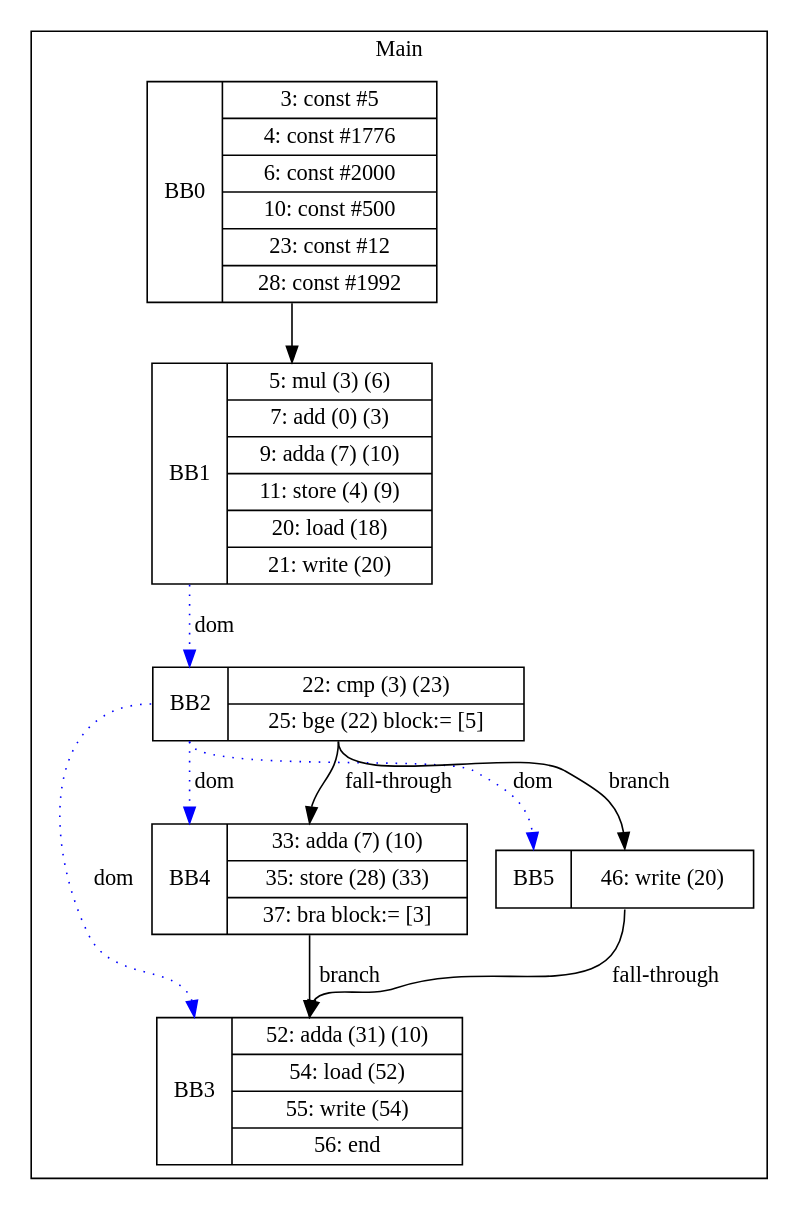
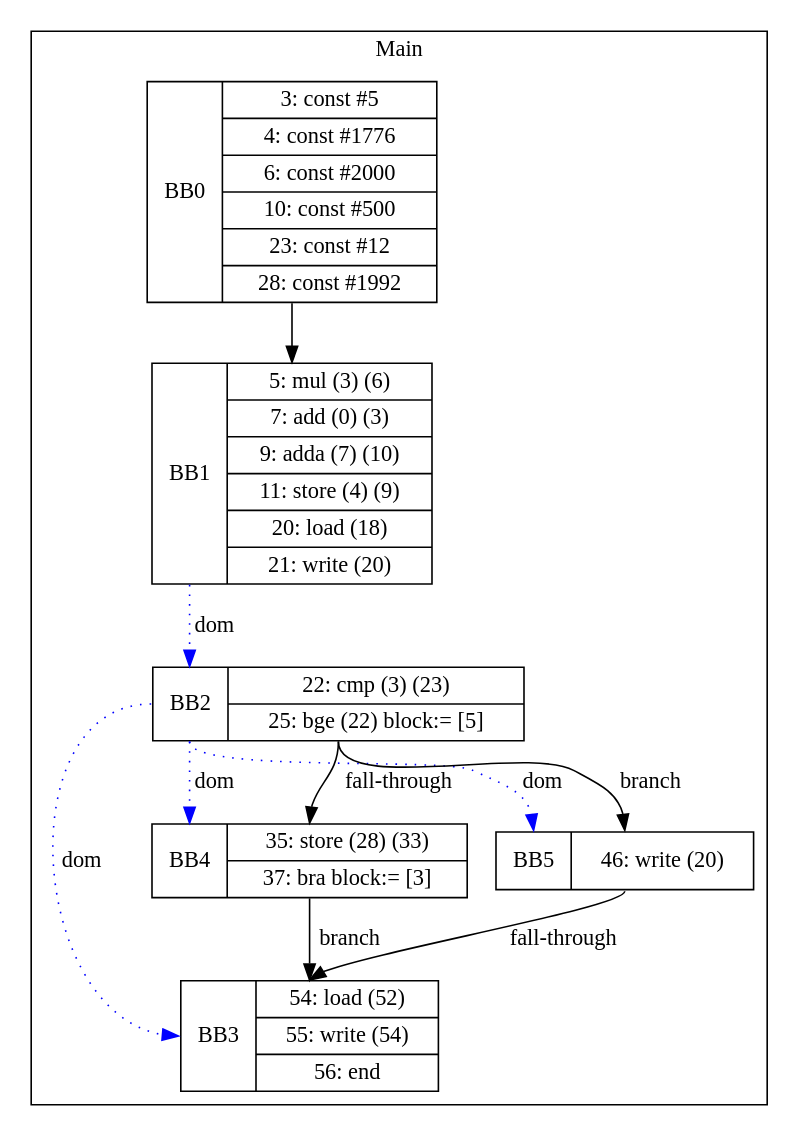
The diagram in visualization/jmcgowa/CSE_Tests/IF_ELSE_WRITE.gv (zjc664656505/UCI-CS241-Advanced-Compiler-main), drawn with Graphviz before and after one commit. The commit also changed 12 other files, not shown here.

```diff
--- a/visualization/jmcgowa/CSE_Tests/IF_ELSE_WRITE.gv
+++ b/visualization/jmcgowa/CSE_Tests/IF_ELSE_WRITE.gv
@@ -1,21 +1,21 @@
 digraph G {
 node [shape=record];
 subgraph cluster_main{
 label = "Main";
 BB0 [shape=record, label="<b>BB0|{3: const #5|4: const #1776|6: const #2000|10: const #500|23: const #12|28: const #1992}"];
 BB1 [shape=record, label="<b>BB1|{5: mul (3) (6)|7: add (0) (3)|9: adda (7) (10)|11: store (4) (9)|20: load (18)|21: write (20)}"];
 BB2 [shape=record, label="<b>BB2|{22: cmp (3) (23)|25: bge (22) block:= [5]}"];
-BB3 [shape=record, label="<b>BB3|{52: adda (31) (10)|54: load (52)|55: write (54)|56: end}"];
-BB4 [shape=record, label="<b>BB4|{33: adda (7) (10)|35: store (28) (33)|37: bra block:= [3]}"];
+BB3 [shape=record, label="<b>BB3|{54: load (52)|55: write (54)|56: end}"];
+BB4 [shape=record, label="<b>BB4|{35: store (28) (33)|37: bra block:= [3]}"];
 BB5 [shape=record, label="<b>BB5|{46: write (20)}"];
 }
 BB0:s -> BB1:n ;
 BB2:b -> BB3:b [color=blue, style=dotted, label="dom"];
 BB2:b -> BB4:b [color=blue, style=dotted, label="dom"];
 BB1:b -> BB2:b [color=blue, style=dotted, label="dom"];
 BB2:b -> BB5:b [color=blue, style=dotted, label="dom"];
 BB2:s -> BB5:n [label="branch"];
 BB4:s -> BB3:n [label="branch"];
 BB5:s -> BB3:n [label="fall-through"];
 BB2:s -> BB4:n [label="fall-through"];
 }
```
